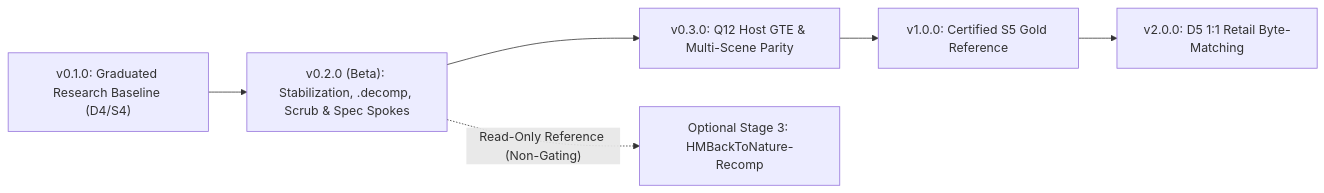
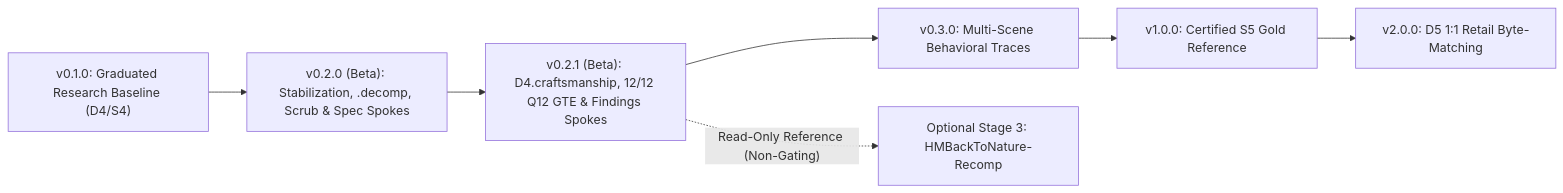
One commit to StreamResearch/HarvestMoonBackToNature-PlayStation changed the diagram in ROADMAP.md. Above: the diagram before and after it, drawn with Mermaid. The commit also changed other lines of this file and 18 other files, not shown here.

Commit message:
release(v0.2.1): restore D4 craftsmanship, 12/12 Q12 GTE/sim parity, and S4 findings shelf

````diff
--- a/ROADMAP.md
+++ b/ROADMAP.md
@@ -15,8 +15,9 @@
 ```mermaid
 flowchart LR
     V010["v0.1.0: Graduated Research Baseline (D4/S4)"] --> V020["v0.2.0 (Beta): Stabilization, .decomp, Scrub & Spec Spokes"]
-    V020 --> V030["v0.3.0: Q12 Host GTE & Multi-Scene Parity"]
+    V020 --> V021["v0.2.1 (Beta): D4.craftsmanship, 12/12 Q12 GTE & Findings Spokes"]
+    V021 --> V030["v0.3.0: Multi-Scene Behavioral Traces"]
     V030 --> V100["v1.0.0: Certified S5 Gold Reference"]
     V100 --> V200["v2.0.0: D5 1:1 Retail Byte-Matching"]
-    V020 -. "Read-Only Reference (Non-Gating)" .-> OptR["Optional Stage 3: HMBackToNature-Recomp"]
+    V021 -. "Read-Only Reference (Non-Gating)" .-> OptR["Optional Stage 3: HMBackToNature-Recomp"]
 ```
````
